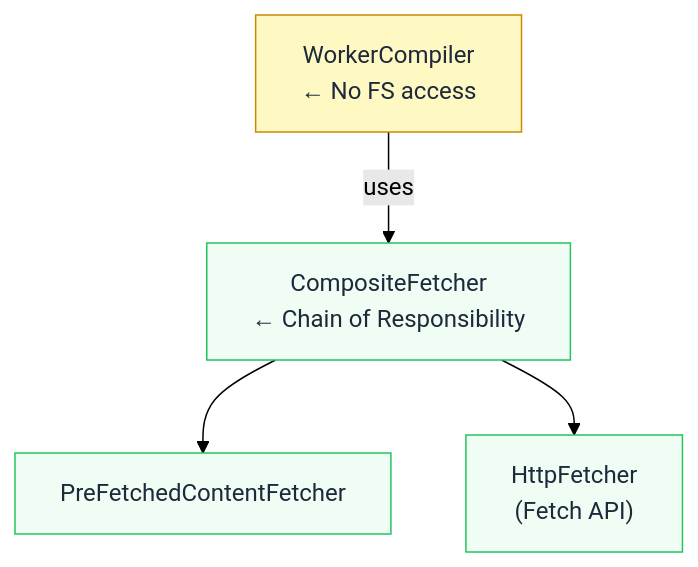
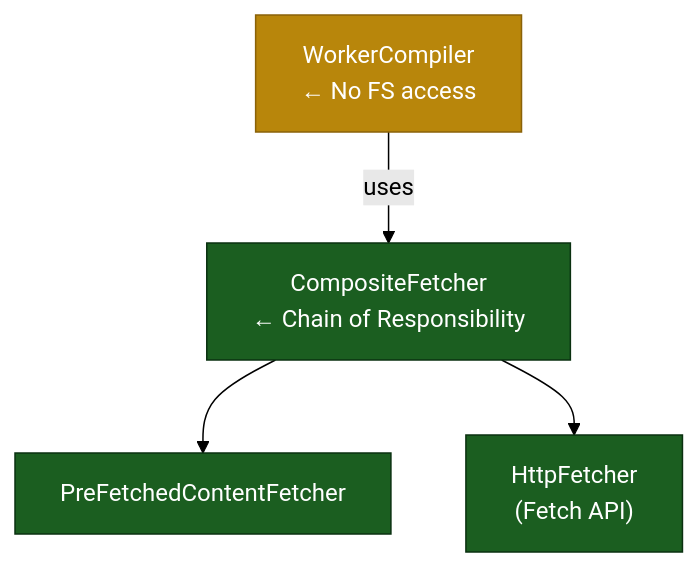
Before and after one commit to jaypatrick/adblock-compiler: the fifth of 19 diagrams in docs/development/ARCHITECTURE.md, drawn with Mermaid (forest theme). The commit also changed other lines of this file and 6 other files, not shown here.

First line of the commit message:
fix: Mermaid diagram errors, dark theme compatibility, and mdhelp scroll reset (#1540)

````diff
--- a/docs/development/ARCHITECTURE.md
+++ b/docs/development/ARCHITECTURE.md
@@ -220,9 +220,9 @@
 ```mermaid
 flowchart TD
-    classDef core fill:#fef9c3,stroke:#ca8a04,color:#1e293b
-    classDef module fill:#f0fdf4,stroke:#22c55e,color:#1e293b
+    classDef core fill:#b8860b,stroke:#8a6208,color:#fff
+    classDef module fill:#1b5e20,stroke:#0a3010,color:#fff
     WC["WorkerCompiler\n← No FS access"]:::core
     WC -->|uses| CF["CompositeFetcher\n← Chain of Responsibility"]:::module
     CF --> PFCF["PreFetchedContentFetcher"]:::module
     CF --> HF["HttpFetcher\n(Fetch API)"]:::module
 ```
````
